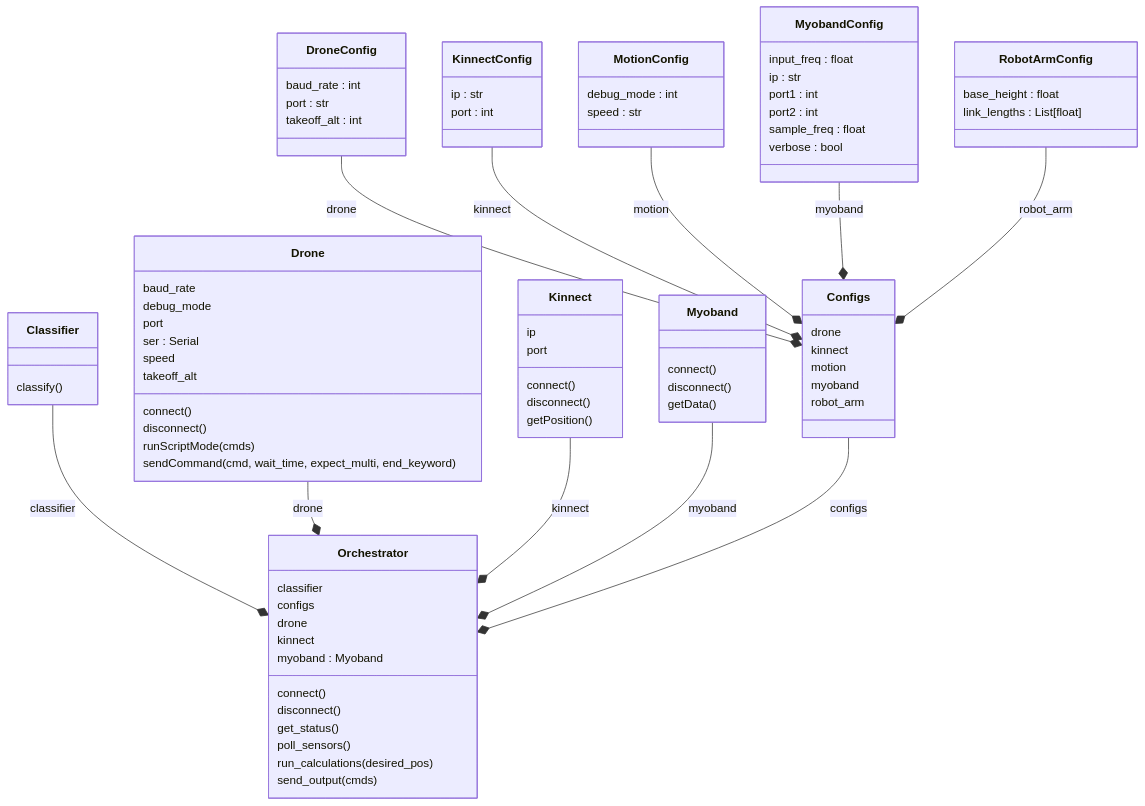
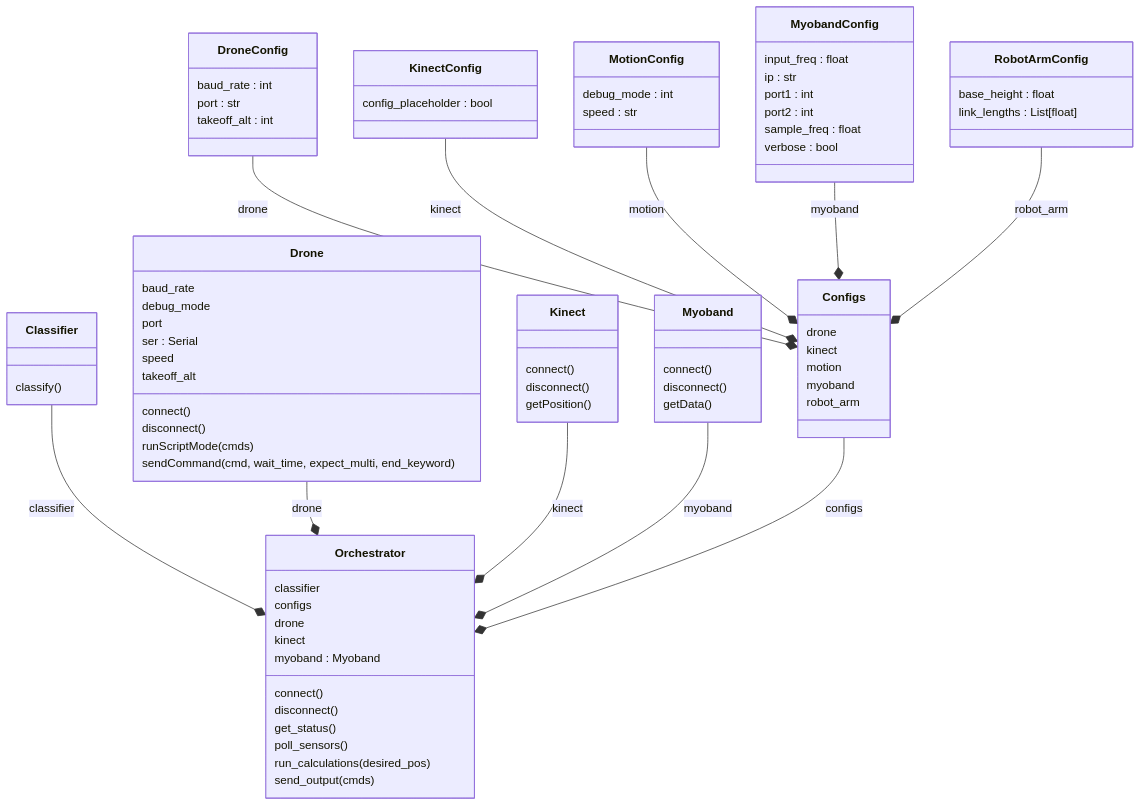
One commit to slesser6/myobotanica changed the diagram in classes.mmd. Above: the diagram before and after it, drawn with Mermaid. The commit also changed 12 other files, not shown here.

```diff
--- a/classes.mmd
+++ b/classes.mmd
@@ -1,83 +1,80 @@
 classDiagram
   class Classifier {
     classify()
   }
   class Configs {
     drone
-    kinnect
+    kinect
     motion
     myoband
     robot_arm
   }
   class Drone {
     baud_rate
     debug_mode
     port
     ser : Serial
     speed
     takeoff_alt
     connect()
     disconnect()
     runScriptMode(cmds)
     sendCommand(cmd, wait_time, expect_multi, end_keyword)
   }
   class DroneConfig {
     baud_rate : int
     port : str
     takeoff_alt : int
   }
-  class Kinnect {
-    ip
-    port
+  class Kinect {
     connect()
     disconnect()
     getPosition()
   }
-  class KinnectConfig {
-    ip : str
-    port : int
+  class KinectConfig {
+    config_placeholder : bool
   }
   class MotionConfig {
     debug_mode : int
     speed : str
   }
   class Myoband {
     connect()
     disconnect()
     getData()
   }
   class MyobandConfig {
     input_freq : float
     ip : str
     port1 : int
     port2 : int
     sample_freq : float
     verbose : bool
   }
   class Orchestrator {
     classifier
     configs
     drone
-    kinnect
+    kinect
     myoband : Myoband
     connect()
     disconnect()
     get_status()
     poll_sensors()
     run_calculations(desired_pos)
     send_output(cmds)
   }
   class RobotArmConfig {
     base_height : float
     link_lengths : List[float]
   }
   Classifier --* Orchestrator : classifier
   Drone --* Orchestrator : drone
-  Kinnect --* Orchestrator : kinnect
+  Kinect --* Orchestrator : kinect
   Myoband --* Orchestrator : myoband
   Configs --* Orchestrator : configs
   DroneConfig --* Configs : drone
-  KinnectConfig --* Configs : kinnect
+  KinectConfig --* Configs : kinect
   MotionConfig --* Configs : motion
   MyobandConfig --* Configs : myoband
   RobotArmConfig --* Configs : robot_arm
```
